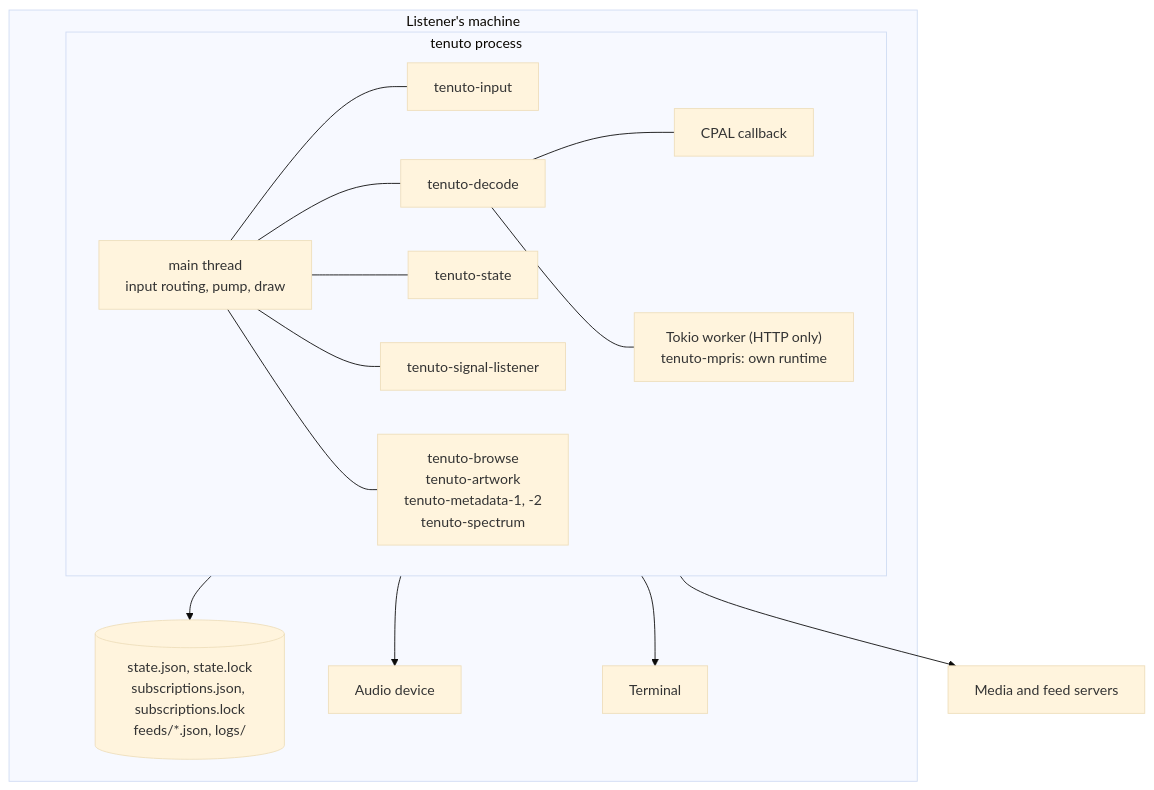
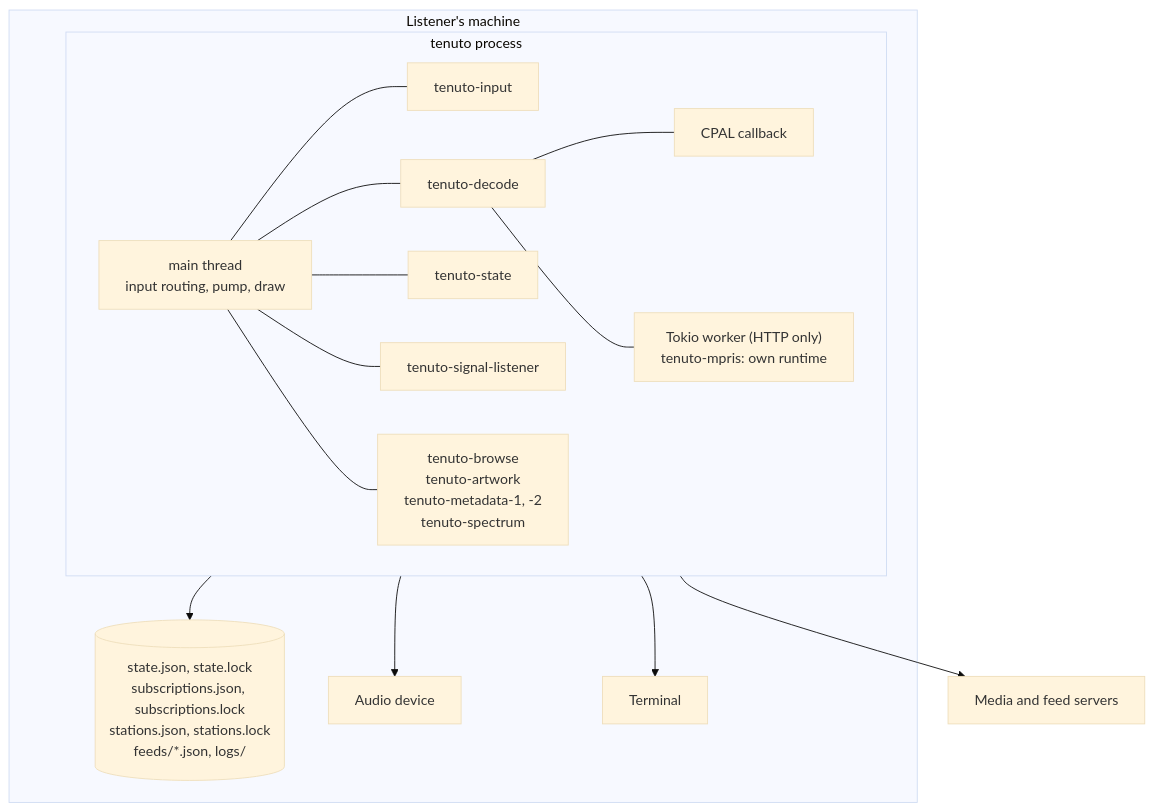
The fifth of 5 diagrams in docs/architecture.md (alvytsk/tenuto), drawn with Mermaid (base theme) before and after one commit. The commit also changed other lines of this file and 48 other files, not shown here.

````diff
--- a/docs/architecture.md
+++ b/docs/architecture.md
@@ -523,32 +523,32 @@
 ```mermaid
 flowchart TB
     subgraph machine["Listener's machine"]
         subgraph proc["tenuto process"]
             direction LR
             mainT["main thread<br/>input routing, pump, draw"]
             inputT["tenuto-input"]
             decodeT["tenuto-decode"]
             cb["CPAL callback"]
             tokioT["Tokio worker (HTTP only)<br/>tenuto-mpris: own runtime"]
             stateT["tenuto-state"]
             sigT["tenuto-signal-listener"]
             bg["tenuto-browse<br/>tenuto-artwork<br/>tenuto-metadata-1, -2<br/>tenuto-spectrum"]
         end
-        files[("state.json, state.lock<br/>subscriptions.json, subscriptions.lock<br/>feeds/*.json, logs/")]
+        files[("state.json, state.lock<br/>subscriptions.json, subscriptions.lock<br/>stations.json, stations.lock<br/>feeds/*.json, logs/")]
         dev["Audio device"]
         tty["Terminal"]
     end
     net["Media and feed servers"]
 
     mainT --- inputT
     mainT --- decodeT
     decodeT --- cb
     decodeT --- tokioT
     mainT --- stateT
     mainT --- sigT
     mainT --- bg
     cb --> dev
     mainT --> tty
     stateT --> files
     tokioT --> net
 ```
````
